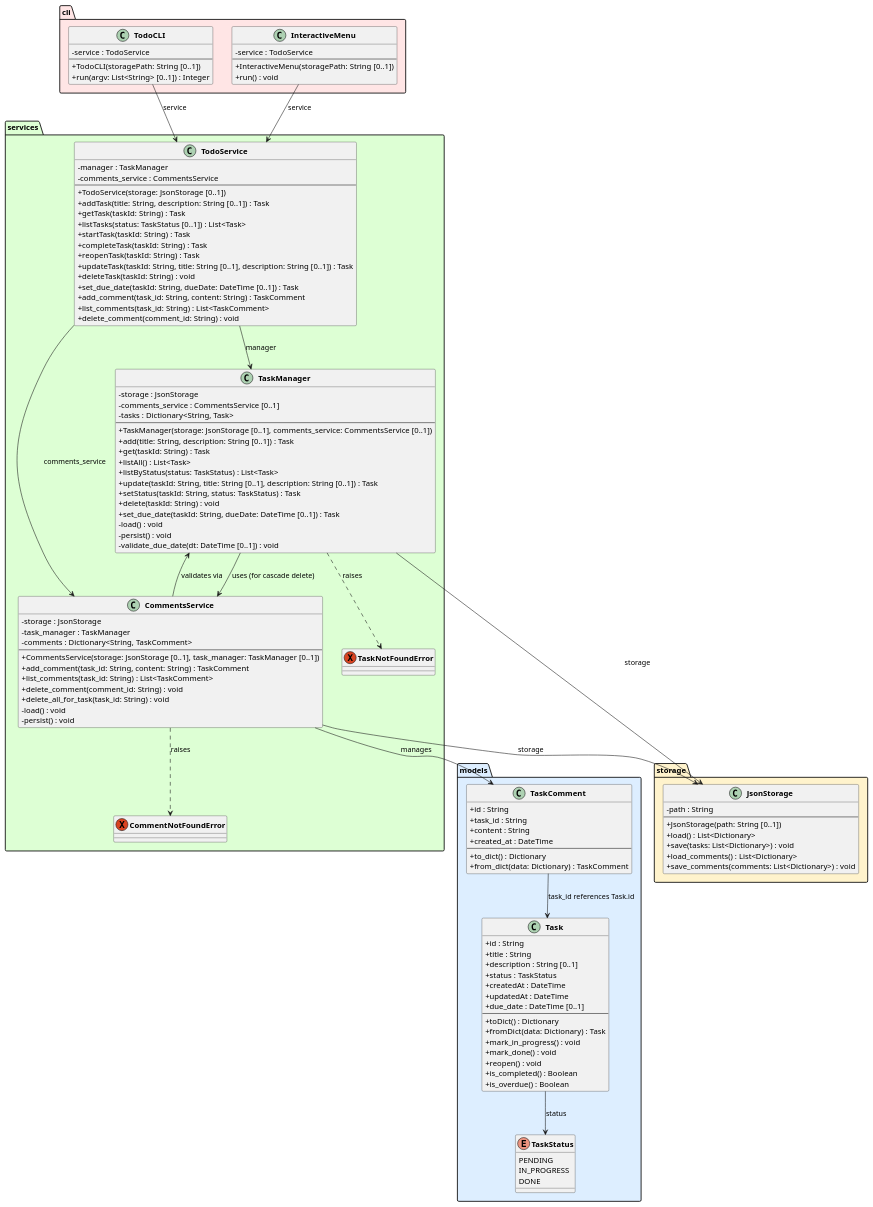
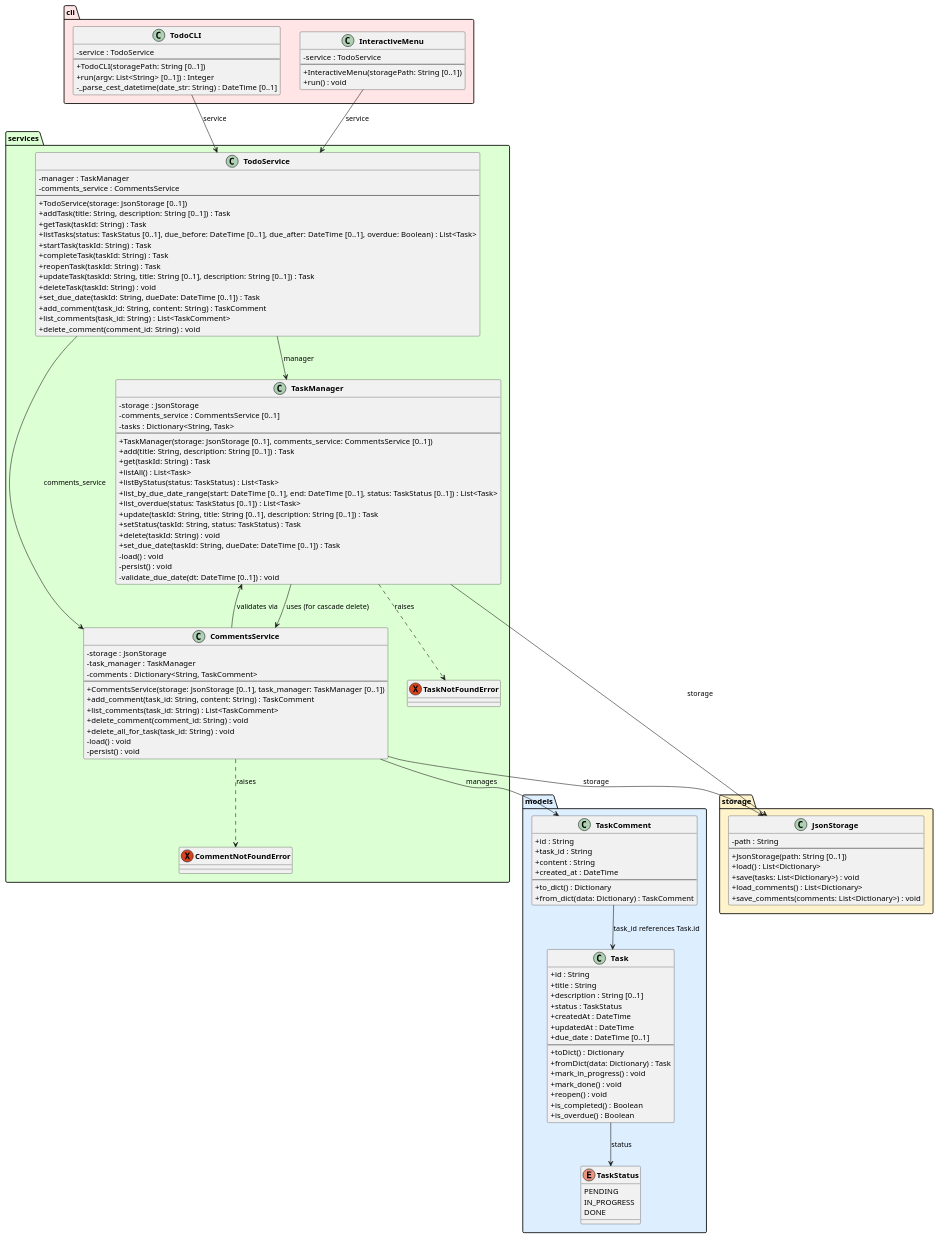
The diagram in experiments/supervisor_as_tools/structured_text/TODO/artifacts/class_diagram.puml (DanielRiha8906/Software_autoevolution_using_agents), drawn with PlantUML before and after one commit. The commit also changed 10 other files, not shown here.

First line of the commit message:
task 05: Add due date and overdue filtering to task queries

```diff
--- a/experiments/supervisor_as_tools/structured_text/TODO/artifacts/class_diagram.puml
+++ b/experiments/supervisor_as_tools/structured_text/TODO/artifacts/class_diagram.puml
@@ -1,141 +1,144 @@
 @startuml class_diagram
 
 skinparam classAttributeIconSize 0
 skinparam classFontStyle bold
 
 package "models" #DDEEFF {
     enum TaskStatus {
         PENDING
         IN_PROGRESS
         DONE
     }
 
     class Task {
         +id : String
         +title : String
         +description : String [0..1]
         +status : TaskStatus
         +createdAt : DateTime
         +updatedAt : DateTime
         +due_date : DateTime [0..1]
         --
         +toDict() : Dictionary
         +fromDict(data: Dictionary) : Task
         +mark_in_progress() : void
         +mark_done() : void
         +reopen() : void
         +is_completed() : Boolean
         +is_overdue() : Boolean
     }
 
     class TaskComment {
         +id : String
         +task_id : String
         +content : String
         +created_at : DateTime
         --
         +to_dict() : Dictionary
         +from_dict(data: Dictionary) : TaskComment
     }
 }
 
 package "storage" #FFF3CC {
     class JsonStorage {
         -path : String
         --
         +JsonStorage(path: String [0..1])
         +load() : List<Dictionary>
         +save(tasks: List<Dictionary>) : void
         +load_comments() : List<Dictionary>
         +save_comments(comments: List<Dictionary>) : void
     }
 }
 
 package "services" #DDFFD4 {
     exception TaskNotFoundError
     exception CommentNotFoundError
 
     class TaskManager {
         -storage : JsonStorage
         -comments_service : CommentsService [0..1]
         -tasks : Dictionary<String, Task>
         --
         +TaskManager(storage: JsonStorage [0..1], comments_service: CommentsService [0..1])
         +add(title: String, description: String [0..1]) : Task
         +get(taskId: String) : Task
         +listAll() : List<Task>
         +listByStatus(status: TaskStatus) : List<Task>
+        +list_by_due_date_range(start: DateTime [0..1], end: DateTime [0..1], status: TaskStatus [0..1]) : List<Task>
+        +list_overdue(status: TaskStatus [0..1]) : List<Task>
         +update(taskId: String, title: String [0..1], description: String [0..1]) : Task
         +setStatus(taskId: String, status: TaskStatus) : Task
         +delete(taskId: String) : void
         +set_due_date(taskId: String, dueDate: DateTime [0..1]) : Task
         -load() : void
         -persist() : void
         -validate_due_date(dt: DateTime [0..1]) : void
     }
 
     class CommentsService {
         -storage : JsonStorage
         -task_manager : TaskManager
         -comments : Dictionary<String, TaskComment>
         --
         +CommentsService(storage: JsonStorage [0..1], task_manager: TaskManager [0..1])
         +add_comment(task_id: String, content: String) : TaskComment
         +list_comments(task_id: String) : List<TaskComment>
         +delete_comment(comment_id: String) : void
         +delete_all_for_task(task_id: String) : void
         -load() : void
         -persist() : void
     }
 
     class TodoService {
         -manager : TaskManager
         -comments_service : CommentsService
         --
         +TodoService(storage: JsonStorage [0..1])
         +addTask(title: String, description: String [0..1]) : Task
         +getTask(taskId: String) : Task
-        +listTasks(status: TaskStatus [0..1]) : List<Task>
+        +listTasks(status: TaskStatus [0..1], due_before: DateTime [0..1], due_after: DateTime [0..1], overdue: Boolean) : List<Task>
         +startTask(taskId: String) : Task
         +completeTask(taskId: String) : Task
         +reopenTask(taskId: String) : Task
         +updateTask(taskId: String, title: String [0..1], description: String [0..1]) : Task
         +deleteTask(taskId: String) : void
         +set_due_date(taskId: String, dueDate: DateTime [0..1]) : Task
         +add_comment(task_id: String, content: String) : TaskComment
         +list_comments(task_id: String) : List<TaskComment>
         +delete_comment(comment_id: String) : void
     }
 }
 
 package "cli" #FFE5E5 {
     class TodoCLI {
         -service : TodoService
         --
         +TodoCLI(storagePath: String [0..1])
         +run(argv: List<String> [0..1]) : Integer
+        -_parse_cest_datetime(date_str: String) : DateTime [0..1]
     }
 
     class InteractiveMenu {
         -service : TodoService
         --
         +InteractiveMenu(storagePath: String [0..1])
         +run() : void
     }
 }
 
 Task --> TaskStatus : status
 TaskComment --> Task : task_id references Task.id
 TaskManager --> JsonStorage : storage
 TaskManager --> CommentsService : uses (for cascade delete)
 TaskManager ..> TaskNotFoundError : raises
 CommentsService --> JsonStorage : storage
 CommentsService --> TaskManager : validates via
 CommentsService --> TaskComment : manages
 CommentsService ..> CommentNotFoundError : raises
 TodoService --> TaskManager : manager
 TodoService --> CommentsService : comments_service
 TodoCLI --> TodoService : service
 InteractiveMenu --> TodoService : service
 
 @enduml
```
